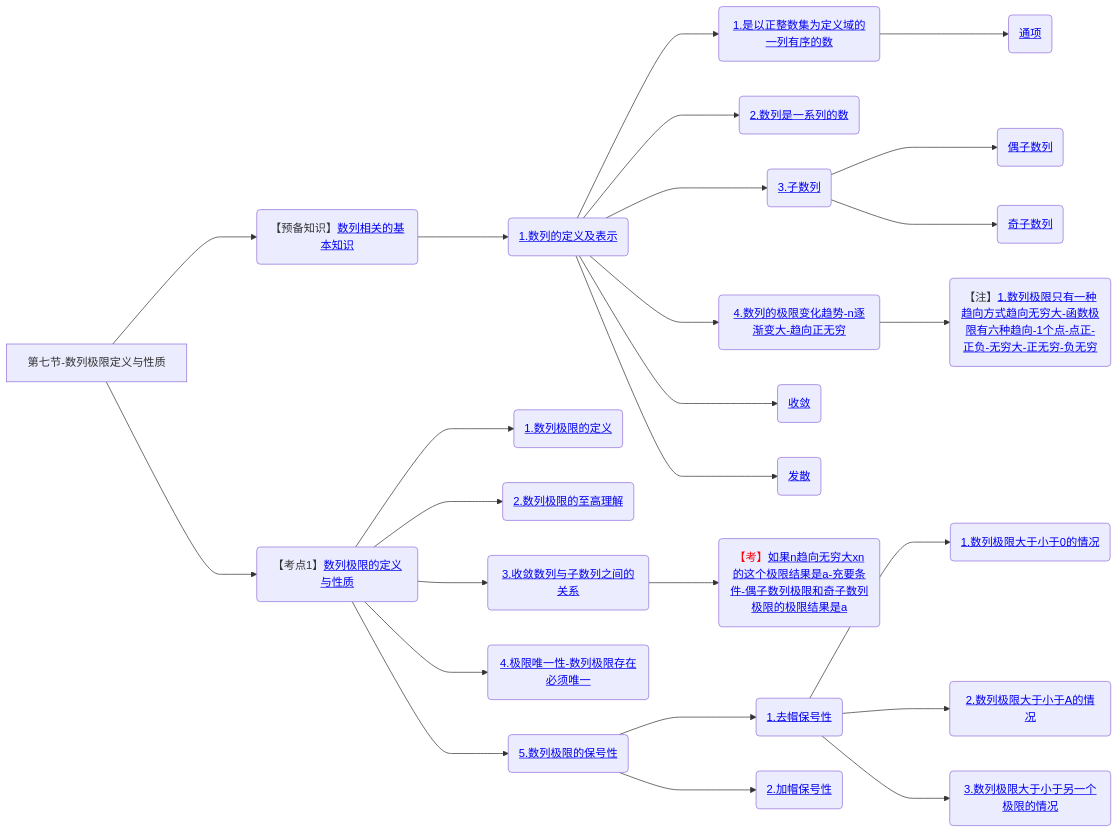
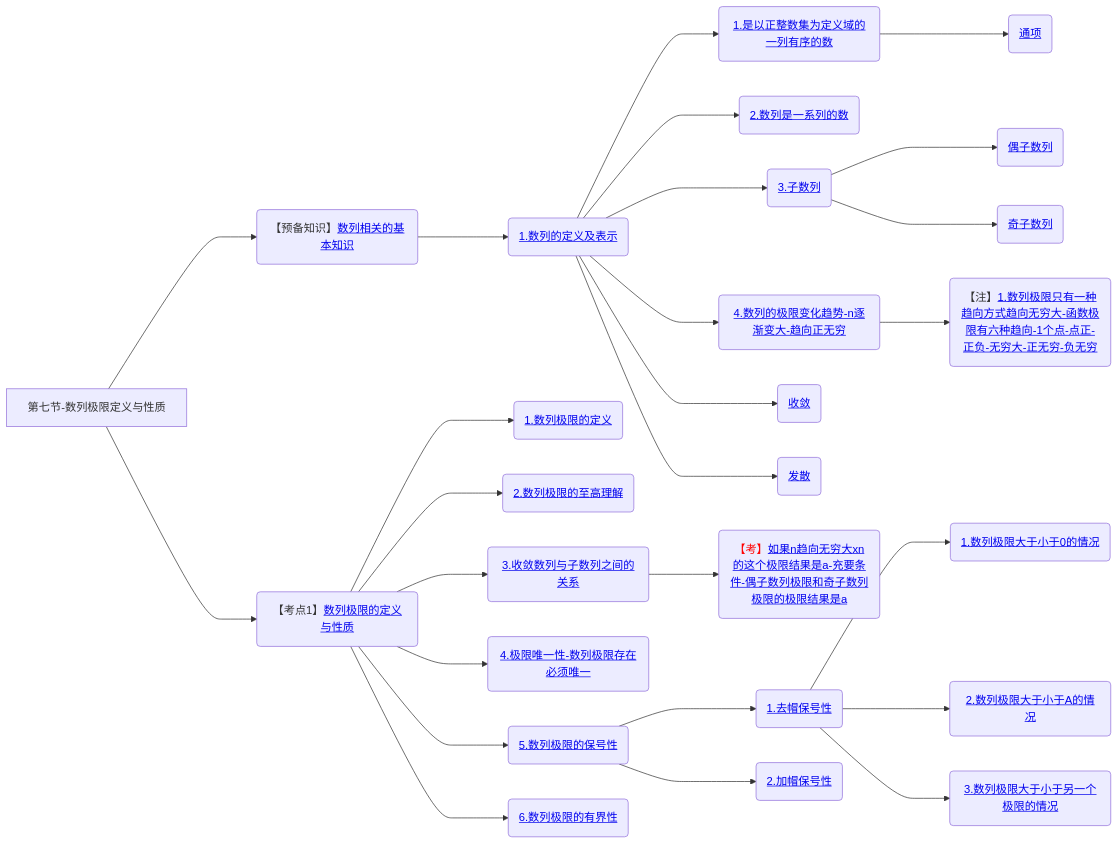
One commit to yuebinghui/note changed the seventh of 7 diagrams in 笔记/数学/周洋鑫/01.基础班思维导图.md. Above: the diagram before and after it, drawn with Mermaid. The commit also changed 9 other files, not shown here.

````diff
--- a/笔记/数学/周洋鑫/01.基础班思维导图.md
+++ b/笔记/数学/周洋鑫/01.基础班思维导图.md
@@ -255,34 +255,35 @@
 ```mermaid
 graph LR
 第七节-数列极限定义与性质
 
 第七节-数列极限定义与性质--->数列相关的基本知识(【预备知识】<a href="/Users/yuebinghui/Documents/program/github/note/笔记/数学/周洋鑫/基础班/07.数列极限定义与性质.md#数列相关的基本知识">数列相关的基本知识</>)
 数列相关的基本知识--->1.数列的定义及表示(<a href="/Users/yuebinghui/Documents/program/github/note/笔记/数学/周洋鑫/基础班/07.数列极限定义与性质.md#1.数列的定义及表示">1.数列的定义及表示</>)
 1.数列的定义及表示--->1.是以正整数集为定义域的一列有序的数(<a href="/Users/yuebinghui/Documents/program/github/note/笔记/数学/周洋鑫/基础班/07.数列极限定义与性质.md#1.是以正整数集为定义域的一列有序的数">1.是以正整数集为定义域的一列有序的数</>)
 1.是以正整数集为定义域的一列有序的数--->通项(<a href="/Users/yuebinghui/Documents/program/github/note/笔记/数学/周洋鑫/基础班/07.数列极限定义与性质.md#通项">通项</>)
 
 1.数列的定义及表示--->2.数列是一系列的数(<a href="/Users/yuebinghui/Documents/program/github/note/笔记/数学/周洋鑫/基础班/07.数列极限定义与性质.md#2.数列是一系列的数">2.数列是一系列的数</>)
 
 1.数列的定义及表示--->3.子数列(<a href="/Users/yuebinghui/Documents/program/github/note/笔记/数学/周洋鑫/基础班/07.数列极限定义与性质.md#3.子数列">3.子数列</>)
 3.子数列--->偶子数列(<a href="/Users/yuebinghui/Documents/program/github/note/笔记/数学/周洋鑫/基础班/07.数列极限定义与性质.md#偶子数列">偶子数列</>)
 3.子数列--->奇子数列(<a href="/Users/yuebinghui/Documents/program/github/note/笔记/数学/周洋鑫/基础班/07.数列极限定义与性质.md#奇子数列">奇子数列</>)
 
 1.数列的定义及表示--->4.数列的极限变化趋势-n逐渐变大-趋向正无穷(<a href="/Users/yuebinghui/Documents/program/github/note/笔记/数学/周洋鑫/基础班/07.数列极限定义与性质.md#4.数列的极限变化趋势-n逐渐变大-趋向正无穷">4.数列的极限变化趋势-n逐渐变大-趋向正无穷</>)
 4.数列的极限变化趋势-n逐渐变大-趋向正无穷--->1.数列极限只有一种趋向方式趋向无穷大-函数极限有六种趋向-1个点-点正-正负-无穷大-正无穷-负无穷(【注】<a href="/Users/yuebinghui/Documents/program/github/note/笔记/数学/周洋鑫/基础班/07.数列极限定义与性质.md#1.数列极限只有一种趋向方式趋向无穷大-函数极限有六种趋向-1个点-点正-正负-无穷大-正无穷-负无穷">1.数列极限只有一种趋向方式趋向无穷大-函数极限有六种趋向-1个点-点正-正负-无穷大-正无穷-负无穷</>)
 1.数列的定义及表示--->收敛(<a href="/Users/yuebinghui/Documents/program/github/note/笔记/数学/周洋鑫/基础班/07.数列极限定义与性质.md#收敛">收敛</>)
 1.数列的定义及表示--->发散(<a href="/Users/yuebinghui/Documents/program/github/note/笔记/数学/周洋鑫/基础班/07.数列极限定义与性质.md#发散">发散</>)
 
 
 第七节-数列极限定义与性质--->数列极限的定义与性质(【考点1】<a href="/Users/yuebinghui/Documents/program/github/note/笔记/数学/周洋鑫/基础班/07.数列极限定义与性质.md#数列极限的定义与性质">数列极限的定义与性质</>)
 数列极限的定义与性质--->1.数列极限的定义(<a href="/Users/yuebinghui/Documents/program/github/note/笔记/数学/周洋鑫/基础班/07.数列极限定义与性质.md#1.数列极限的定义">1.数列极限的定义</>)
 数列极限的定义与性质--->2.数列极限的至高理解(<a href="/Users/yuebinghui/Documents/program/github/note/笔记/数学/周洋鑫/基础班/07.数列极限定义与性质.md#2.数列极限的至高理解">2.数列极限的至高理解</>)
 数列极限的定义与性质--->3.收敛数列与子数列之间的关系(<a href="/Users/yuebinghui/Documents/program/github/note/笔记/数学/周洋鑫/基础班/07.数列极限定义与性质.md#3.收敛数列与子数列之间的关系">3.收敛数列与子数列之间的关系</>)
 3.收敛数列与子数列之间的关系--->如果n趋向无穷大xn的这个极限结果是a-充要条件-偶子数列极限和奇子数列极限的极限结果是a(<span style="color:red">【考】</span><a href="/Users/yuebinghui/Documents/program/github/note/笔记/数学/周洋鑫/基础班/07.数列极限定义与性质.md#如果n趋向无穷大xn的这个极限结果是a-充要条件-偶子数列极限和奇子数列极限的极限结果是a">如果n趋向无穷大xn的这个极限结果是a-充要条件-偶子数列极限和奇子数列极限的极限结果是a</>)
 数列极限的定义与性质--->4.极限唯一性-数列极限存在必须唯一(<a href="/Users/yuebinghui/Documents/program/github/note/笔记/数学/周洋鑫/基础班/07.数列极限定义与性质.md#4.极限唯一性-数列极限存在必须唯一">4.极限唯一性-数列极限存在必须唯一</>)
 数列极限的定义与性质--->5.数列极限的保号性(<a href="/Users/yuebinghui/Documents/program/github/note/笔记/数学/周洋鑫/基础班/07.数列极限定义与性质.md#5.数列极限的保号性">5.数列极限的保号性</>)
 5.数列极限的保号性--->1.去帽保号性(<a href="/Users/yuebinghui/Documents/program/github/note/笔记/数学/周洋鑫/基础班/07.数列极限定义与性质.md#1.去帽保号性">1.去帽保号性</>)
 1.去帽保号性--->1.数列极限大于小于0的情况(<a href="/Users/yuebinghui/Documents/program/github/note/笔记/数学/周洋鑫/基础班/07.数列极限定义与性质.md#1.数列极限大于小于0的情况">1.数列极限大于小于0的情况</>)
 1.去帽保号性--->2.数列极限大于小于A的情况(<a href="/Users/yuebinghui/Documents/program/github/note/笔记/数学/周洋鑫/基础班/07.数列极限定义与性质.md#2.数列极限大于小于A的情况">2.数列极限大于小于A的情况</>)
 1.去帽保号性--->3.数列极限大于小于另一个极限的情况(<a href="/Users/yuebinghui/Documents/program/github/note/笔记/数学/周洋鑫/基础班/07.数列极限定义与性质.md#3.数列极限大于小于另一个极限的情况">3.数列极限大于小于另一个极限的情况</>)
 5.数列极限的保号性--->2.加帽保号性(<a href="/Users/yuebinghui/Documents/program/github/note/笔记/数学/周洋鑫/基础班/07.数列极限定义与性质.md#2.加帽保号性">2.加帽保号性</>)
+数列极限的定义与性质--->6.数列极限的有界性(<a href="/Users/yuebinghui/Documents/program/github/note/笔记/数学/周洋鑫/基础班/07.数列极限定义与性质.md#6.数列极限的有界性">6.数列极限的有界性</>)
 ```
````
